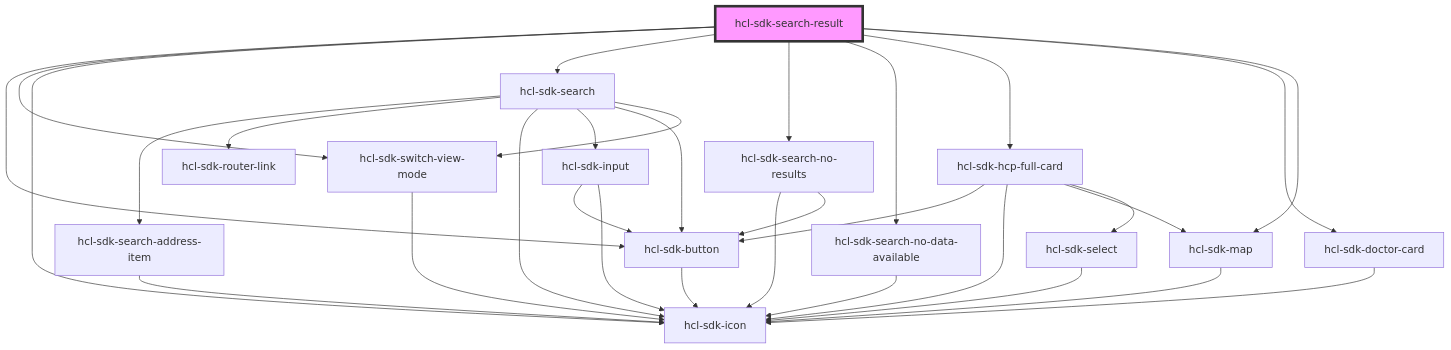
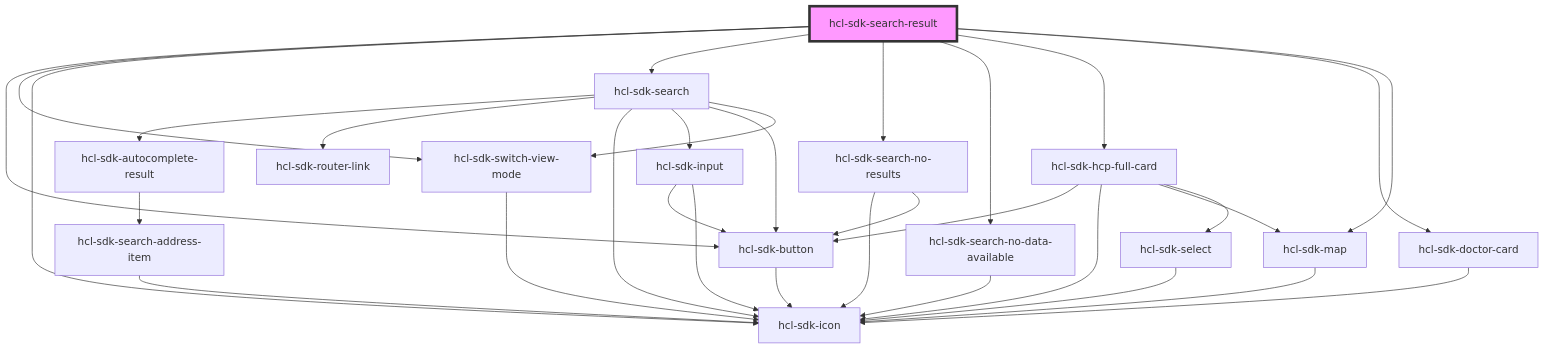
One commit to hcl-sdk/HealthCareLocatorWebSDK changed the diagram in packages/hcl-sdk-web-ui/docs/components/screens/hcl-sdk-search-result/readme.md. Above: the diagram before and after it, drawn with Mermaid. The commit also changed 13 other files, not shown here.

````diff
--- a/packages/hcl-sdk-web-ui/docs/components/screens/hcl-sdk-search-result/readme.md
+++ b/packages/hcl-sdk-web-ui/docs/components/screens/hcl-sdk-search-result/readme.md
@@ -23,34 +23,35 @@
 ```mermaid
 graph TD;
   hcl-sdk-search-result --> hcl-sdk-button
   hcl-sdk-search-result --> hcl-sdk-switch-view-mode
   hcl-sdk-search-result --> hcl-sdk-icon
   hcl-sdk-search-result --> hcl-sdk-search
   hcl-sdk-search-result --> hcl-sdk-search-no-results
   hcl-sdk-search-result --> hcl-sdk-search-no-data-available
   hcl-sdk-search-result --> hcl-sdk-hcp-full-card
   hcl-sdk-search-result --> hcl-sdk-doctor-card
   hcl-sdk-search-result --> hcl-sdk-map
   hcl-sdk-button --> hcl-sdk-icon
   hcl-sdk-switch-view-mode --> hcl-sdk-icon
-  hcl-sdk-search --> hcl-sdk-search-address-item
+  hcl-sdk-search --> hcl-sdk-autocomplete-result
   hcl-sdk-search --> hcl-sdk-router-link
   hcl-sdk-search --> hcl-sdk-icon
   hcl-sdk-search --> hcl-sdk-input
   hcl-sdk-search --> hcl-sdk-button
   hcl-sdk-search --> hcl-sdk-switch-view-mode
+  hcl-sdk-autocomplete-result --> hcl-sdk-search-address-item
   hcl-sdk-search-address-item --> hcl-sdk-icon
   hcl-sdk-input --> hcl-sdk-button
   hcl-sdk-input --> hcl-sdk-icon
   hcl-sdk-search-no-results --> hcl-sdk-icon
   hcl-sdk-search-no-results --> hcl-sdk-button
   hcl-sdk-search-no-data-available --> hcl-sdk-icon
   hcl-sdk-hcp-full-card --> hcl-sdk-button
   hcl-sdk-hcp-full-card --> hcl-sdk-icon
   hcl-sdk-hcp-full-card --> hcl-sdk-map
   hcl-sdk-hcp-full-card --> hcl-sdk-select
   hcl-sdk-map --> hcl-sdk-icon
   hcl-sdk-select --> hcl-sdk-icon
   hcl-sdk-doctor-card --> hcl-sdk-icon
   style hcl-sdk-search-result fill:#f9f,stroke:#333,stroke-width:4px
 ```
````
